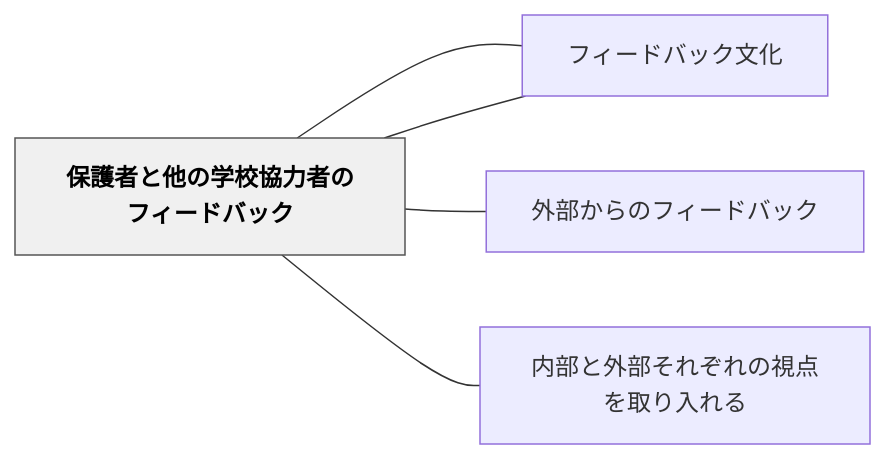
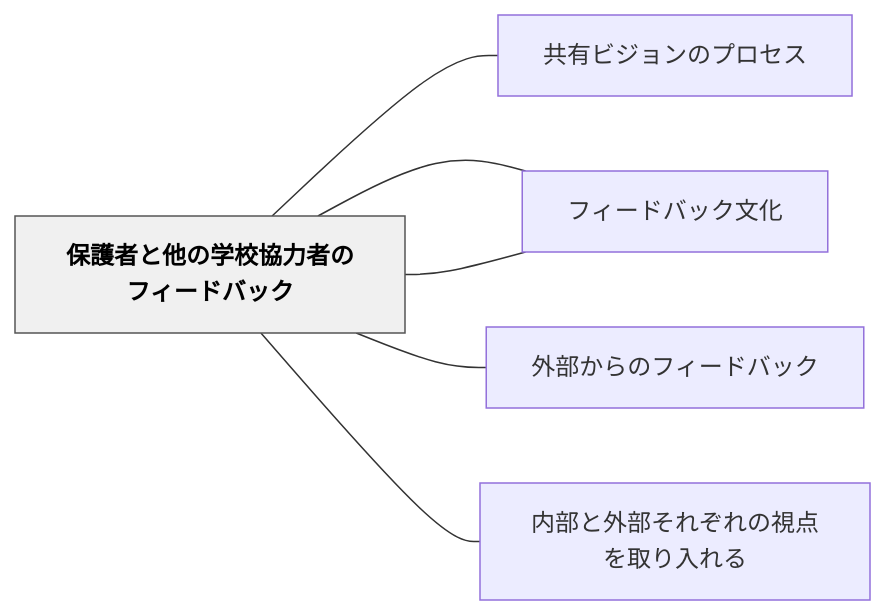
Before and after one commit to unknownthings-ed-patterns/unknownthings-ed-patterns: the diagram in content/パタン/保護者と他の学校協力者のフィードバック.md, drawn with Mermaid. The commit also changed other lines of this file and 473 other files, not shown here.

````diff
--- a/content/パタン/保護者と他の学校協力者のフィードバック.md
+++ b/content/パタン/保護者と他の学校協力者のフィードバック.md
@@ -52,16 +53,18 @@
 ```mermaid
 flowchart LR
     ne4bf9de8adb7["保護者と他の学校協力者のフィードバック"]
+    ne585b1e69c89["共有ビジョンのプロセス"]
     ne38395e382a3["フィードバック"]
     ne5a496e983a8["外部からのフィードバック"]
     ne58685e983a8["内部と外部それぞれの視点を取り入れる"]
     ne38395e382a3["フィードバック文化"]
 
+    ne4bf9de8adb7 --- ne585b1e69c89
     ne4bf9de8adb7 --- ne38395e382a3
     ne4bf9de8adb7 --- ne5a496e983a8
     ne4bf9de8adb7 --- ne58685e983a8
     ne4bf9de8adb7 --- ne38395e382a3
 
     classDef hub fill:#f0f0f0,stroke:#555,color:#000,font-weight:bold
     class ne4bf9de8adb7 hub
 ```
````
